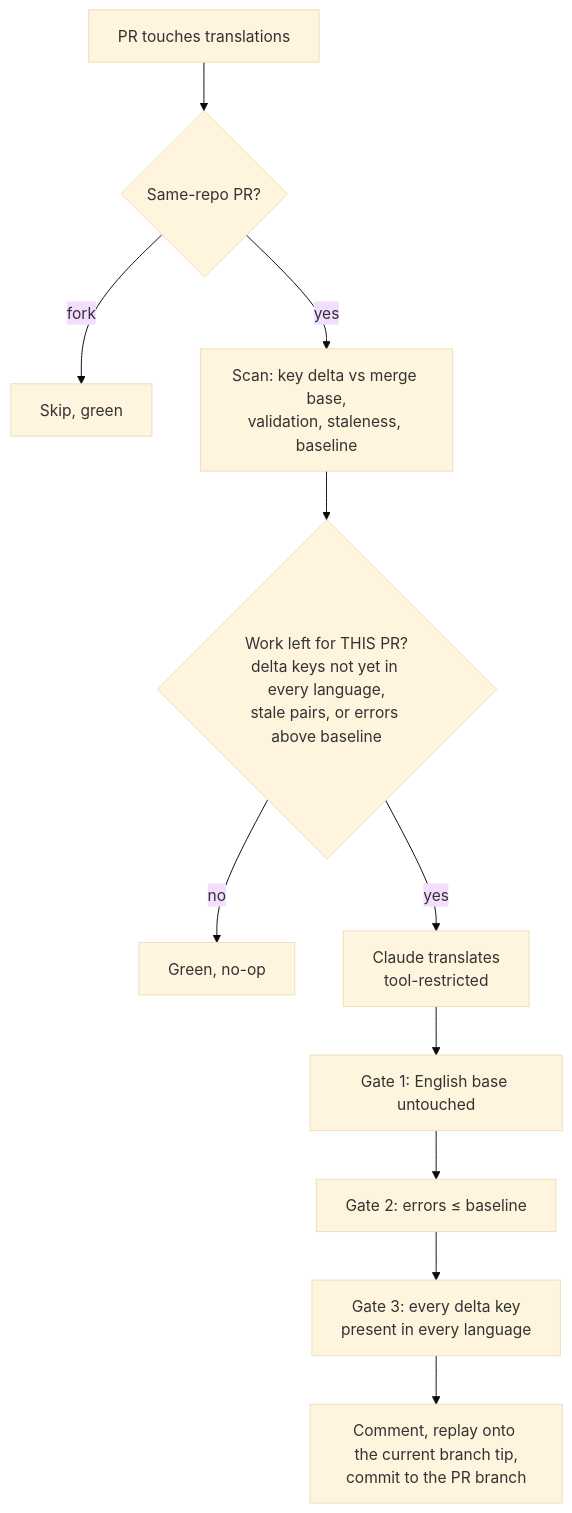
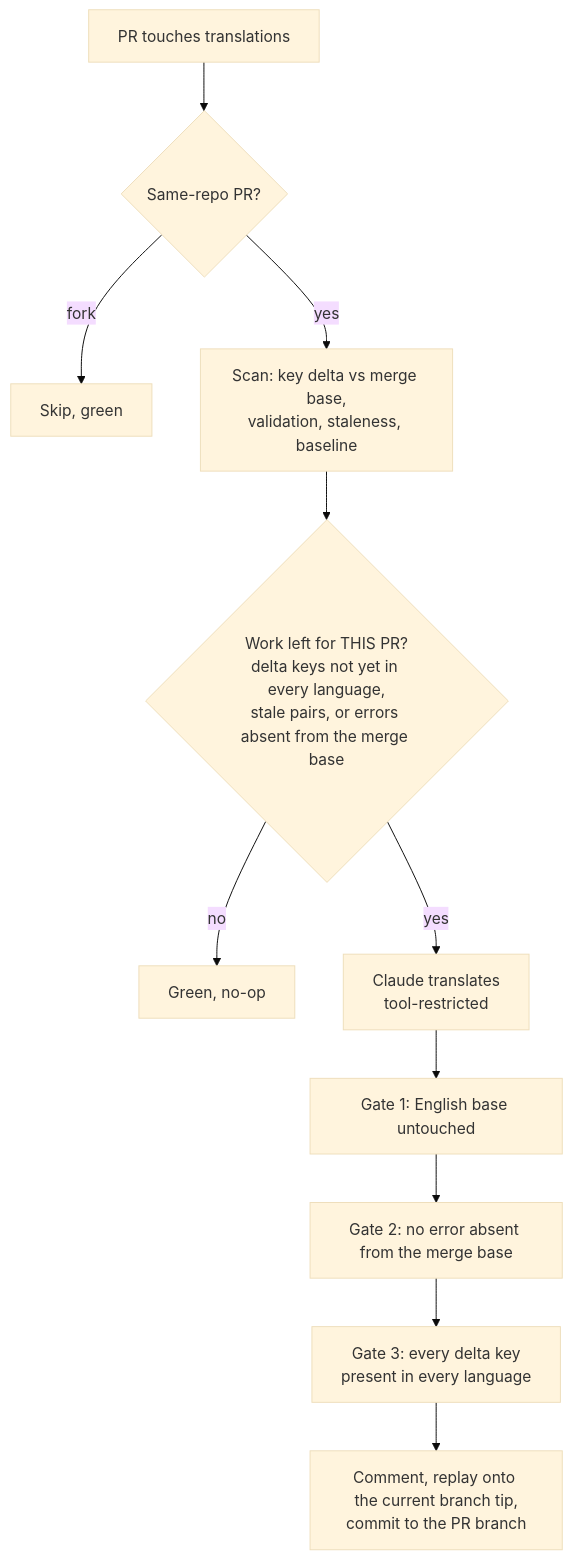
Before and after one commit to pimcore/workflows-collection-public: the diagram in docs/reusable-translations.md, drawn with Mermaid (base theme). The commit also changed other lines of this file and 1 other file, not shown here.

First line of the commit message:
Translations: gate on new error identities, not on error totals

````diff
--- a/docs/reusable-translations.md
+++ b/docs/reusable-translations.md
@@ -17,13 +17,13 @@
 ```mermaid
 flowchart TD
     A[PR touches translations] --> B{Same-repo PR?}
     B -- fork --> Z[Skip, green]
     B -- yes --> C[Scan: key delta vs merge base,<br/>validation, staleness, baseline]
-    C --> D{Work left for THIS PR?<br/>delta keys not yet in every language,<br/>stale pairs, or errors above baseline}
+    C --> D{Work left for THIS PR?<br/>delta keys not yet in every language,<br/>stale pairs, or errors absent from the merge base}
     D -- no --> Y[Green, no-op]
     D -- yes --> E[Claude translates<br/>tool-restricted]
     E --> F[Gate 1: English base untouched]
-    F --> G[Gate 2: errors ≤ baseline]
+    F --> G[Gate 2: no error absent from the merge base]
     G --> H[Gate 3: every delta key<br/>present in every language]
     H --> I[Comment, replay onto the current branch tip,<br/>commit to the PR branch]
 ```
````
